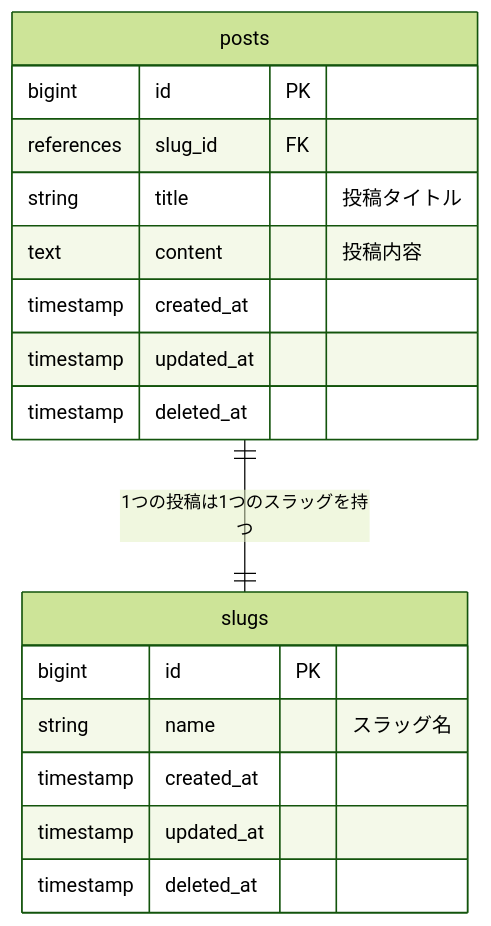
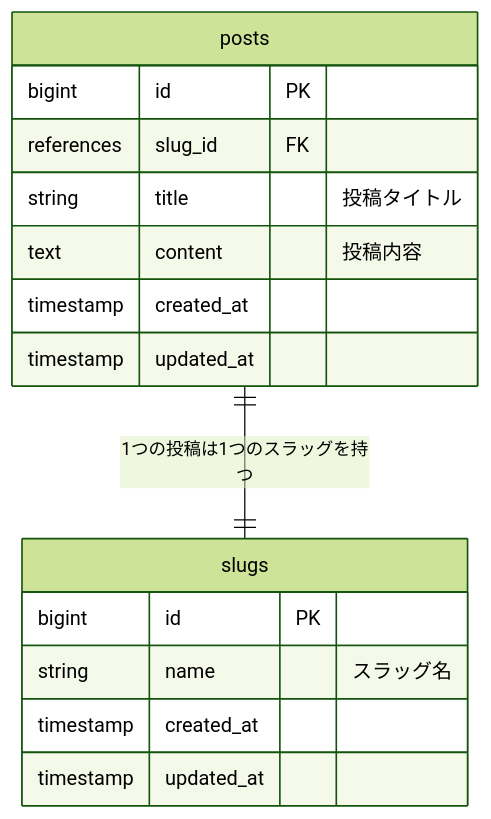
Before and after one commit to Satoshi-Moriya/my-cms-front: the diagram in ER.md, drawn with Mermaid (forest theme).

Commit message:
dbで物理削除の設計にすることにした #1

````diff
--- a/ER.md
+++ b/ER.md
@@ -1,22 +1,20 @@
 ```mermaid
 erDiagram
   posts ||--|| slugs: "1つの投稿は1つのスラッグを持つ"
 
   posts {
     bigint id PK
     references slug_id FK
     string title "投稿タイトル"
     text content "投稿内容"
     timestamp created_at
     timestamp updated_at
-    timestamp deleted_at
   }
 
   slugs {
     bigint id PK
     string name "スラッグ名"
     timestamp created_at
     timestamp updated_at
-    timestamp deleted_at
   }
 ```
````
